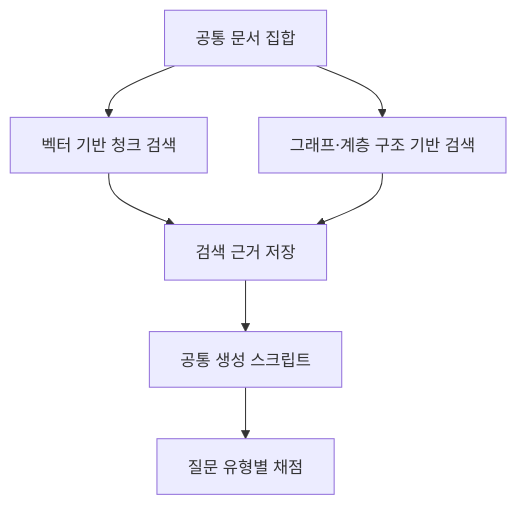
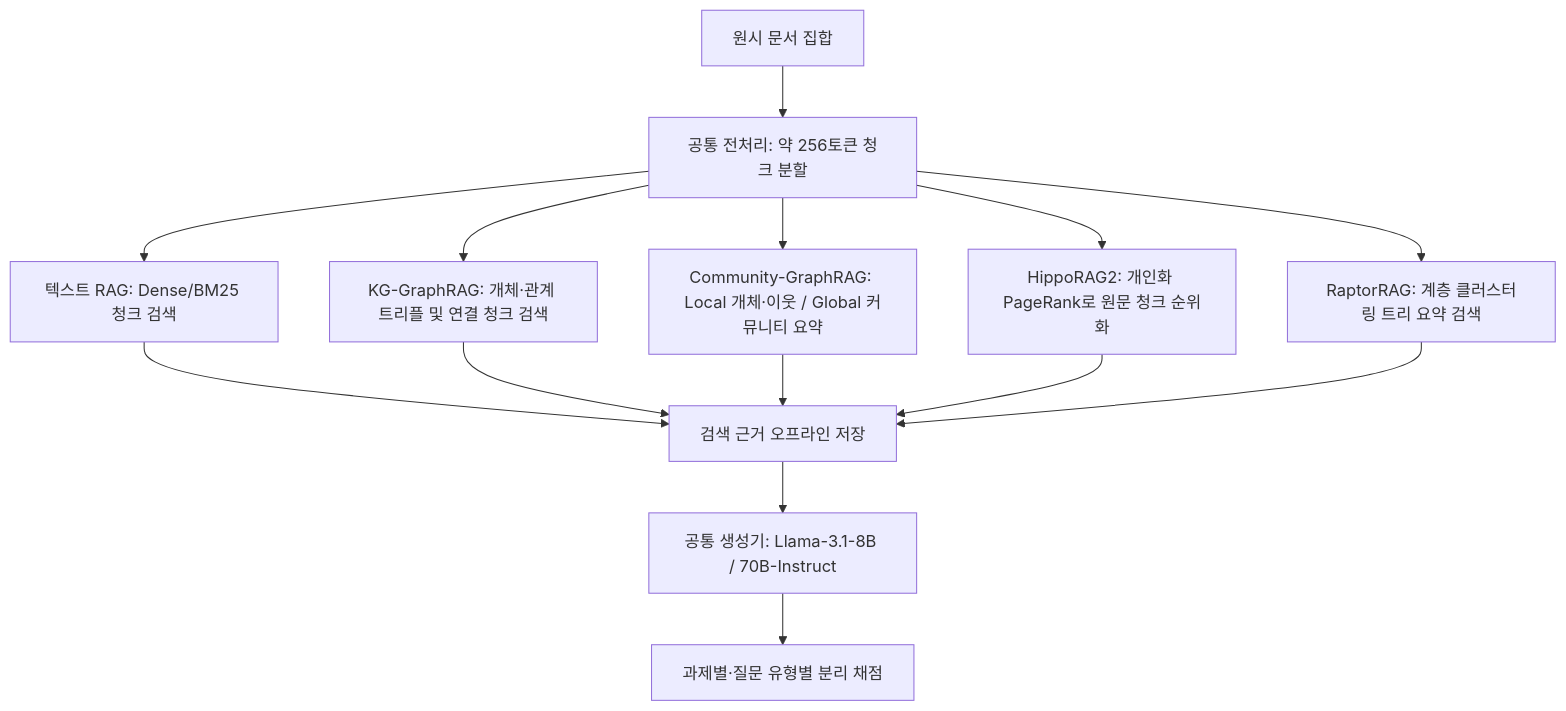
Before and after one commit to shinysong/shacl-graphrag: the diagram in docs/journal/2026-11-05-review-rag-vs-graphrag.md, drawn with Mermaid. The commit also changed other lines of this file and 554 other files, not shown here.

````diff
--- a/docs/journal/2026-11-05-review-rag-vs-graphrag.md
+++ b/docs/journal/2026-11-05-review-rag-vs-graphrag.md
@@ -24,9 +40,12 @@
 ```mermaid
 flowchart TD
-    A[공통 문서 집합] --> B[벡터 기반 청크 검색]
-    A --> C[그래프·계층 구조 기반 검색]
-    B --> D[검색 근거 저장]
-    C --> D
-    D --> E[공통 생성 스크립트]
-    E --> F[질문 유형별 채점]
+    A[원시 문서 집합] --> B[공통 전처리: 약 256토큰 청크 분할]
+    B --> C1[텍스트 RAG: Dense/BM25 청크 검색]
+    B --> C2[KG-GraphRAG: 개체·관계 트리플 및 연결 청크 검색]
+    B --> C3[Community-GraphRAG: Local 개체·이웃 / Global 커뮤니티 요약]
+    B --> C4[HippoRAG2: 개인화 PageRank로 원문 청크 순위화]
+    B --> C5[RaptorRAG: 계층 클러스터링 트리 요약 검색]
+    C1 & C2 & C3 & C4 & C5 --> D[검색 근거 오프라인 저장]
+    D --> E[공통 생성기: Llama-3.1-8B / 70B-Instruct]
+    E --> F[과제별·질문 유형별 분리 채점]
 ```
````
